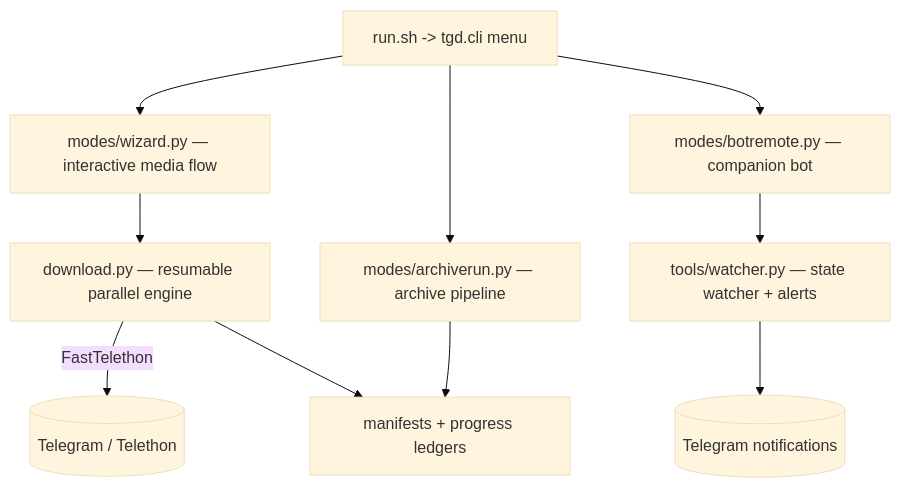
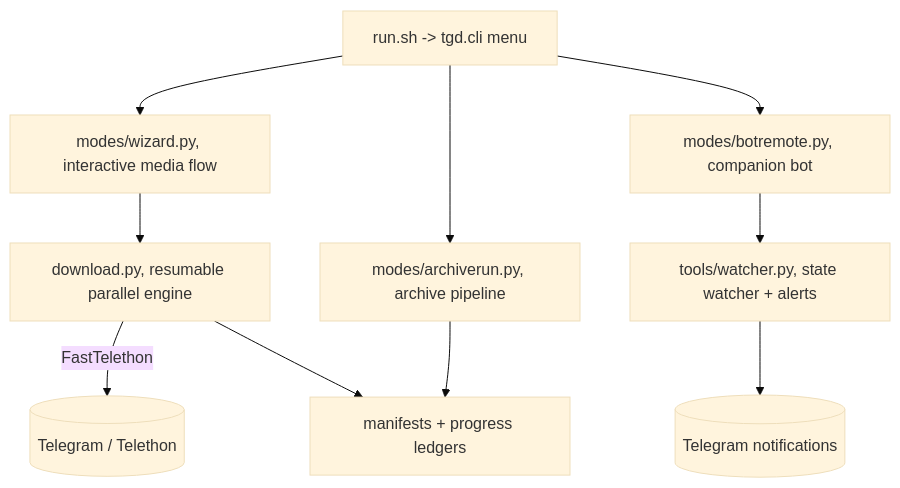
One commit to DDreamer01/imagitech-online changed the diagram in content/projects/tgdownloader.mdx. Above: the diagram before and after it, drawn with Mermaid (base theme). The commit also changed other lines of this file and 20 other files, not shown here.

````diff
--- a/content/projects/tgdownloader.mdx
+++ b/content/projects/tgdownloader.mdx
@@ -30,12 +30,12 @@
 ```mermaid
 graph TD
-    Menu["run.sh -> tgd.cli menu"] --> Wizard["modes/wizard.py — interactive media flow"]
-    Menu --> Archive["modes/archiverun.py — archive pipeline"]
-    Menu --> Bot["modes/botremote.py — companion bot"]
-    Wizard --> Engine["download.py — resumable parallel engine"]
+    Menu["run.sh -> tgd.cli menu"] --> Wizard["modes/wizard.py, interactive media flow"]
+    Menu --> Archive["modes/archiverun.py, archive pipeline"]
+    Menu --> Bot["modes/botremote.py, companion bot"]
+    Wizard --> Engine["download.py, resumable parallel engine"]
     Engine -->|FastTelethon| TG[(Telegram / Telethon)]
     Archive --> Ledger["manifests + progress ledgers"]
     Engine --> Ledger
-    Bot --> Watch["tools/watcher.py — state watcher + alerts"]
+    Bot --> Watch["tools/watcher.py, state watcher + alerts"]
     Watch --> TGAlert[(Telegram notifications)]
 ```
````
